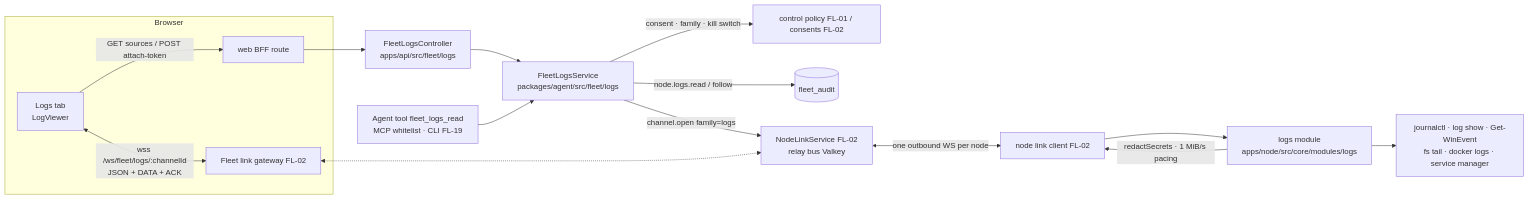
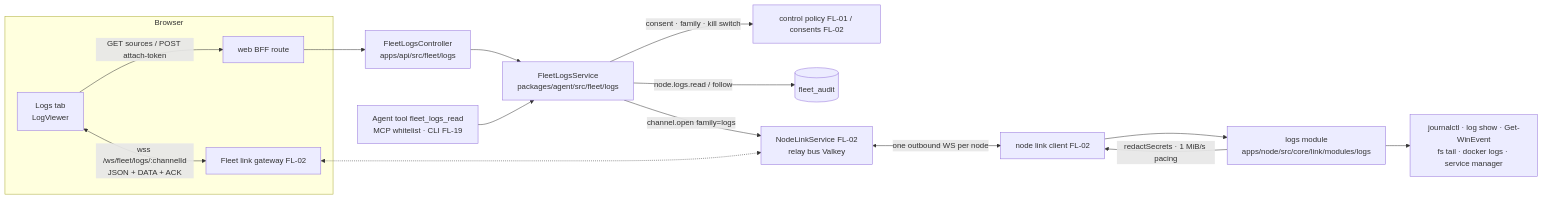
One commit to HotOpenSourcing/ever-works changed the diagram in docs/specs/features/fleet/FL-08-logs/plan.md. Above: the diagram before and after it, drawn with Mermaid. The commit also changed other lines of this file and 15 other files, not shown here.

````diff
--- a/docs/specs/features/fleet/FL-08-logs/plan.md
+++ b/docs/specs/features/fleet/FL-08-logs/plan.md
@@ -16,18 +16,18 @@
 ```mermaid
 flowchart LR
     subgraph Browser
       T[Logs tab<br/>LogViewer] -->|GET sources / POST attach-token| BFF[web BFF route]
       T <-->|wss /ws/fleet/logs/:channelId<br/>JSON + DATA + ACK| GW[Fleet link gateway FL-02]
     end
     BFF --> API[FleetLogsController<br/>apps/api/src/fleet/logs]
     API --> SVC[FleetLogsService<br/>packages/agent/src/fleet/logs]
     SVC -->|consent · family · kill switch| POL[control policy FL-01 / consents FL-02]
     SVC -->|node.logs.read / follow| AUD[(fleet_audit)]
     SVC -->|channel.open family=logs| LINK[NodeLinkService FL-02<br/>relay bus Valkey]
     LINK <-->|one outbound WS per node| NODE[node link client FL-02]
-    NODE --> MOD[logs module<br/>apps/node/src/core/modules/logs]
+    NODE --> MOD[logs module<br/>apps/node/src/core/link/modules/logs]
     MOD --> OS[journalctl · log show · Get-WinEvent<br/>fs tail · docker logs · service manager]
     MOD -->|redactSecrets · 1 MiB/s pacing| NODE
     GW <-.-> LINK
     AGENT[Agent tool fleet_logs_read<br/>MCP whitelist · CLI FL-19] --> SVC
 ```
````
